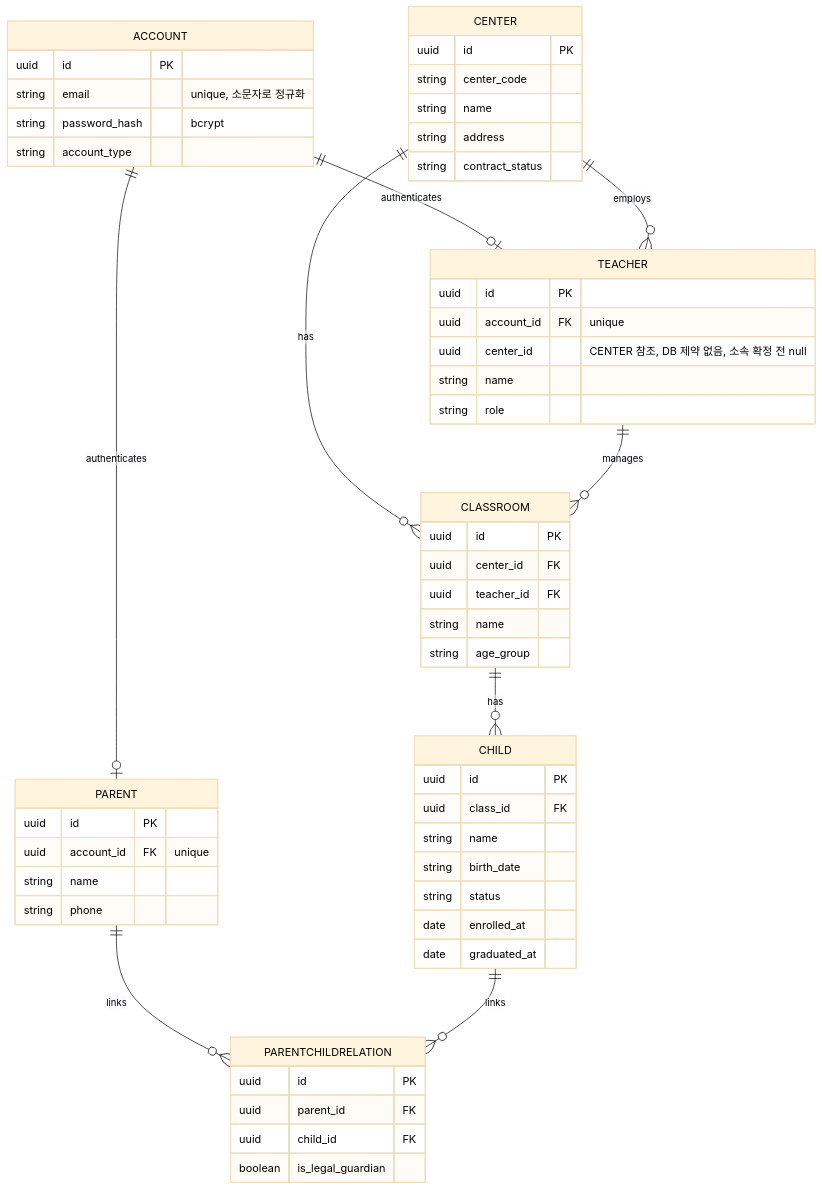
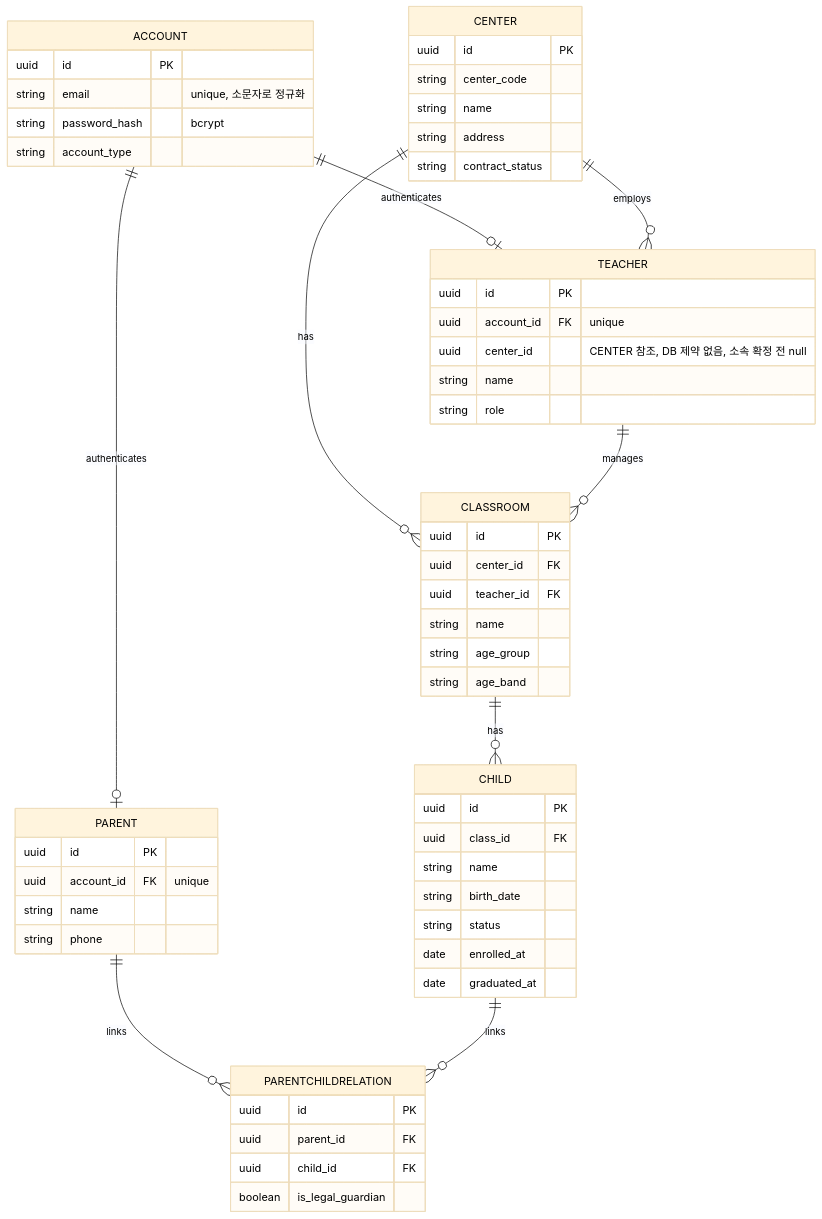
One commit to kakaotechcampus-4/ktc4-chungnam-4 changed the first of 8 diagrams in docs/테크스펙.md. Above: the diagram before and after it, drawn with Mermaid. The commit also changed other lines of this file, not shown here.

First line of the commit message:
docs: add class age_band to tech spec

````diff
--- a/docs/테크스펙.md
+++ b/docs/테크스펙.md
@@ -413,60 +413,61 @@
 ```mermaid
 %%{init: {'theme':'base', 'themeVariables': {'primaryTextColor':'#000000','textColor':'#000000','lineColor':'#000000'}}}%%
 erDiagram
   ACCOUNT {
     uuid id PK
     string email "unique, 소문자로 정규화"
     string password_hash "bcrypt"
     string account_type
   }
   CENTER {
     uuid id PK
     string center_code
     string name
     string address
     string contract_status
   }
   CLASSROOM {
     uuid id PK
     uuid center_id FK
     uuid teacher_id FK
     string name
     string age_group
+    string age_band
   }
   TEACHER {
     uuid id PK
     uuid account_id FK "unique"
     uuid center_id "CENTER 참조, DB 제약 없음, 소속 확정 전 null"
     string name
     string role
   }
     CHILD {
     uuid id PK
     uuid class_id FK
     string name
     string birth_date
     string status
     date enrolled_at
     date graduated_at
   }
   PARENT {
     uuid id PK
     uuid account_id FK "unique"
     string name
     string phone
   }
   PARENTCHILDRELATION {
     uuid id PK
     uuid parent_id FK
     uuid child_id FK
     boolean is_legal_guardian
   }
   ACCOUNT ||--o| TEACHER : authenticates
   ACCOUNT ||--o| PARENT : authenticates
   CENTER ||--o{ CLASSROOM : has
   CENTER ||--o{ TEACHER : employs
   TEACHER ||--o{ CLASSROOM : manages
   CLASSROOM ||--o{ CHILD : has
   PARENT ||--o{ PARENTCHILDRELATION : links
   CHILD ||--o{ PARENTCHILDRELATION : links
 ```
````
